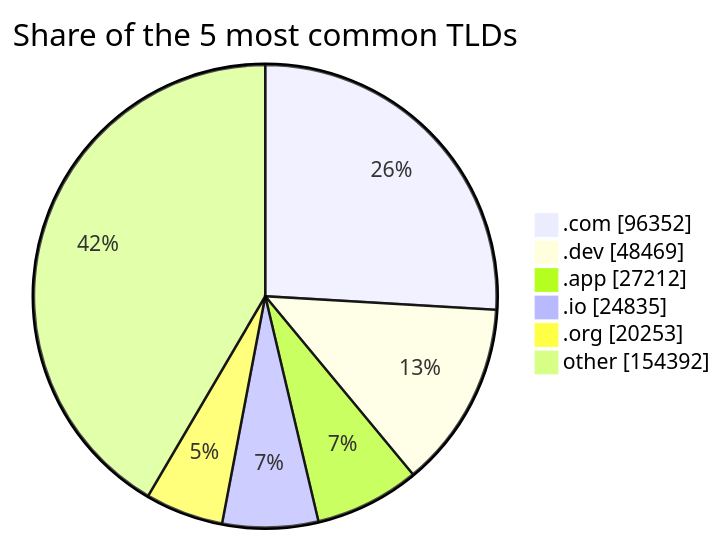
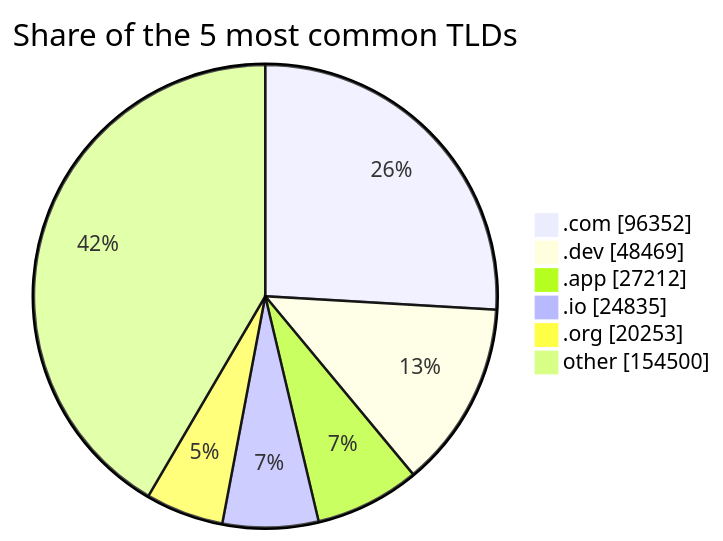
One commit to DNSBunker/CTI changed the third of 3 diagrams in README.md. Above: the diagram before and after it, drawn with Mermaid. The commit also changed other lines of this file and 3 other files, not shown here.

````diff
--- a/README.md
+++ b/README.md
@@ -81,9 +81,9 @@
 ```mermaid
 pie showData title Share of the 5 most common TLDs
     ".com" : 96352
     ".dev" : 48469
     ".app" : 27212
     ".io" : 24835
     ".org" : 20253
-    "other" : 154392
+    "other" : 154500
 ```
````
